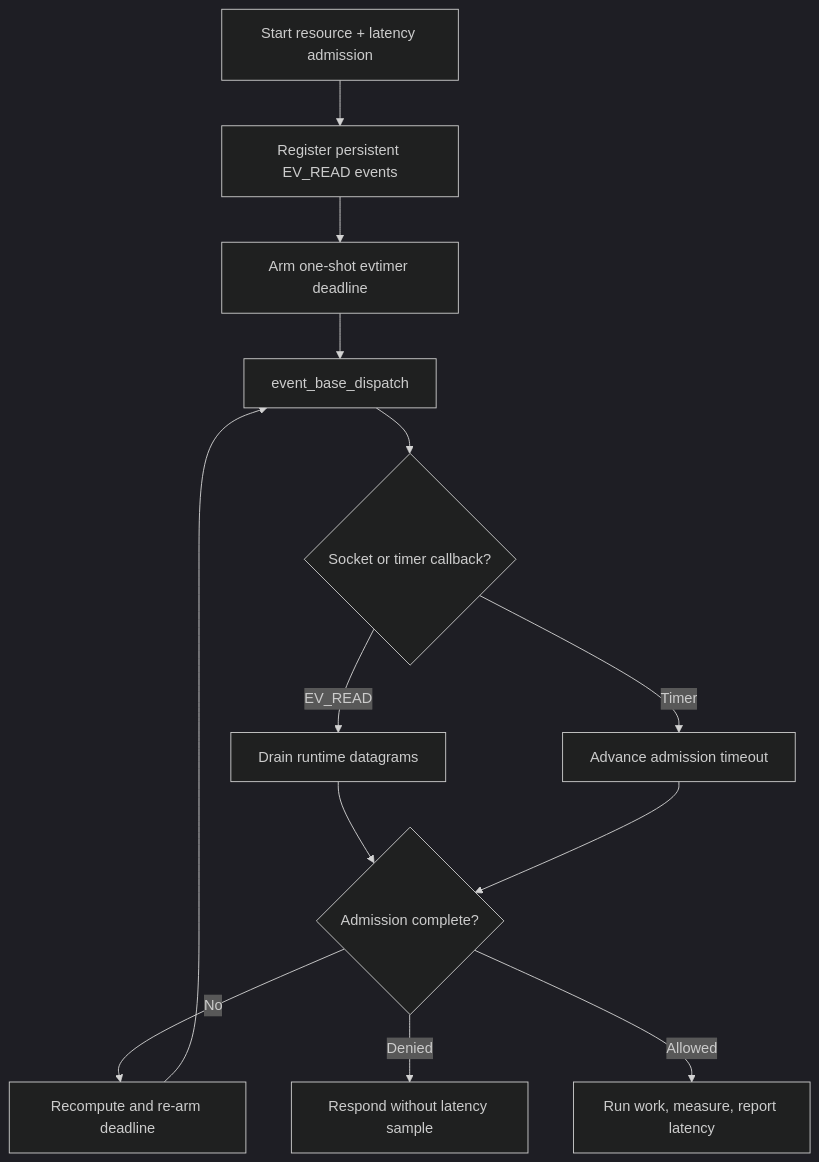
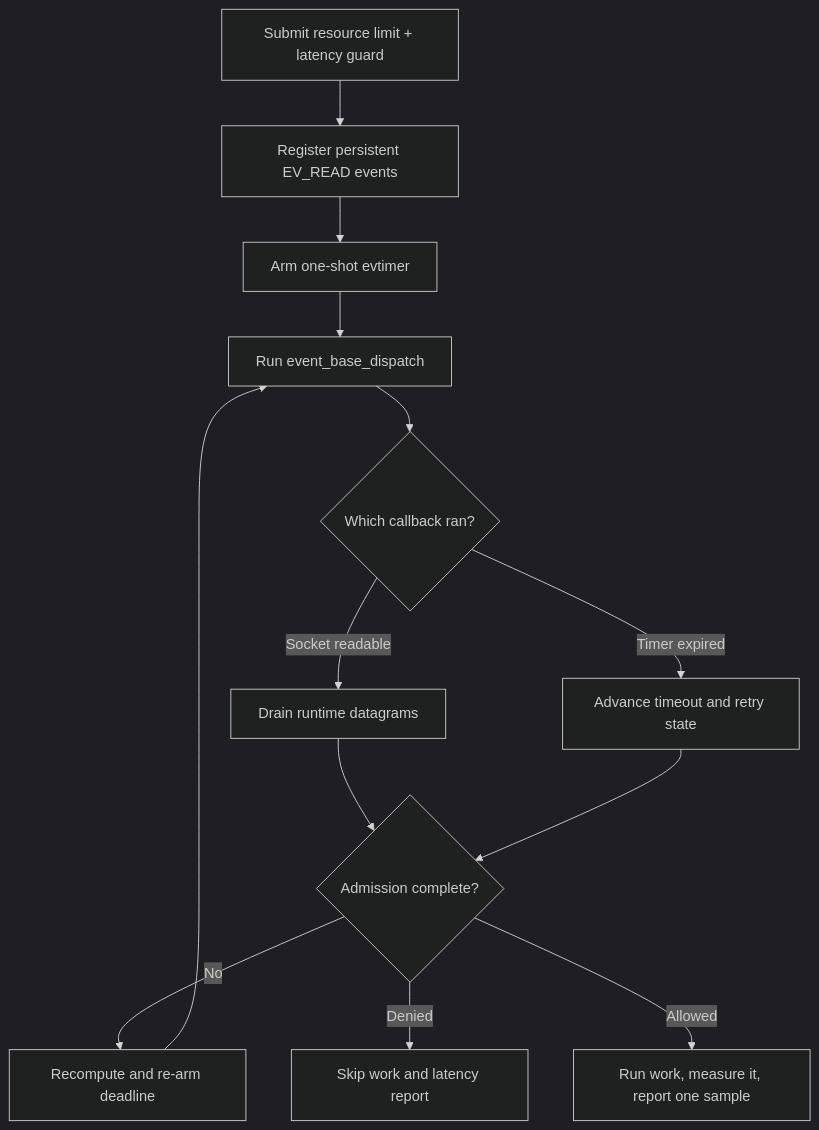
Before and after one commit to ratelimitly-com/rl-c-client: the diagram in examples/libevent/README.md, drawn with Mermaid (dark theme). The commit also changed other lines of this file, not shown here.

Commit message:
docs(libevent): explain event ownership

````diff
--- a/examples/libevent/README.md
+++ b/examples/libevent/README.md
@@ -15,15 +26,15 @@
 ```mermaid
 flowchart TD
-    Start["Start resource + latency admission"] --> Watch["Register persistent EV_READ events"]
-    Watch --> Timer["Arm one-shot evtimer deadline"]
-    Timer --> Dispatch["event_base_dispatch"]
-    Dispatch --> Event{"Socket or timer callback?"}
-    Event -->|EV_READ| Read["Drain runtime datagrams"]
-    Event -->|Timer| Timeout["Advance admission timeout"]
+    Start["Submit resource limit + latency guard"] --> Watch["Register persistent EV_READ events"]
+    Watch --> Timer["Arm one-shot evtimer"]
+    Timer --> Dispatch["Run event_base_dispatch"]
+    Dispatch --> Event{"Which callback ran?"}
+    Event -->|Socket readable| Read["Drain runtime datagrams"]
+    Event -->|Timer expired| Timeout["Advance timeout and retry state"]
     Read --> Decision{"Admission complete?"}
     Timeout --> Decision
     Decision -->|No| Rearm["Recompute and re-arm deadline"]
     Rearm --> Dispatch
-    Decision -->|Denied| Reject["Respond without latency sample"]
-    Decision -->|Allowed| Work["Run work, measure, report latency"]
+    Decision -->|Denied| Reject["Skip work and latency report"]
+    Decision -->|Allowed| Work["Run work, measure it, report one sample"]
 ```
````
